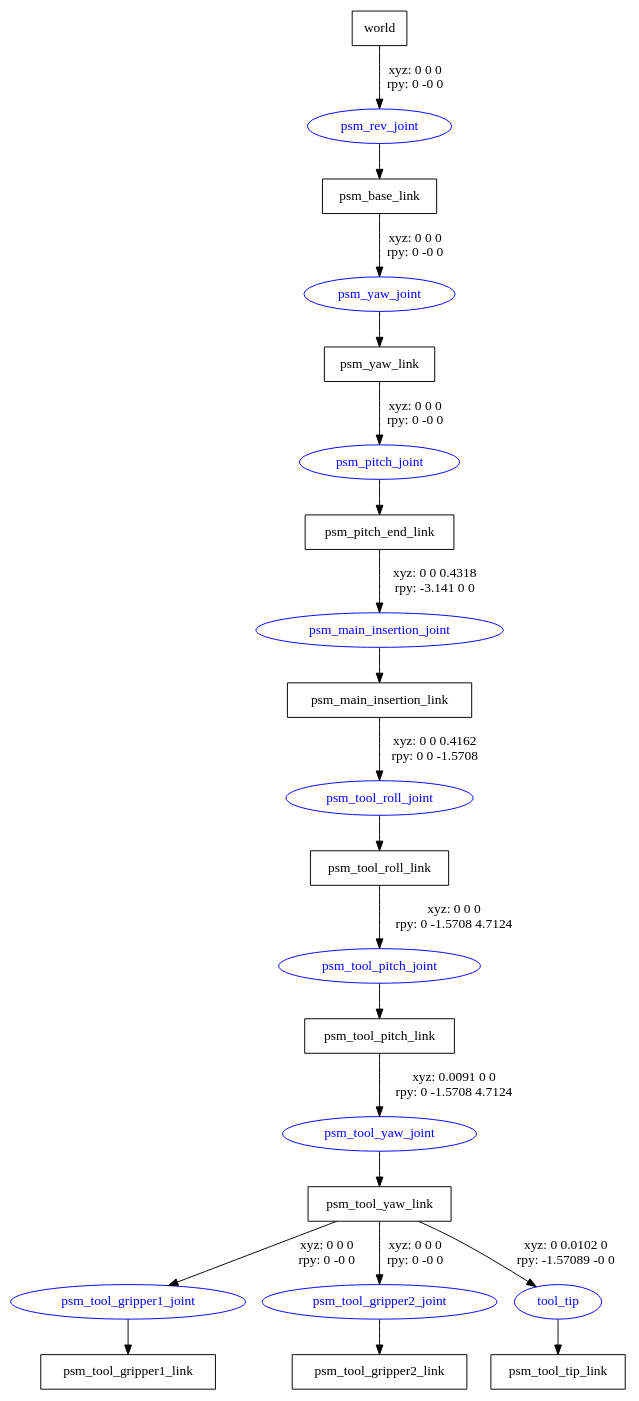
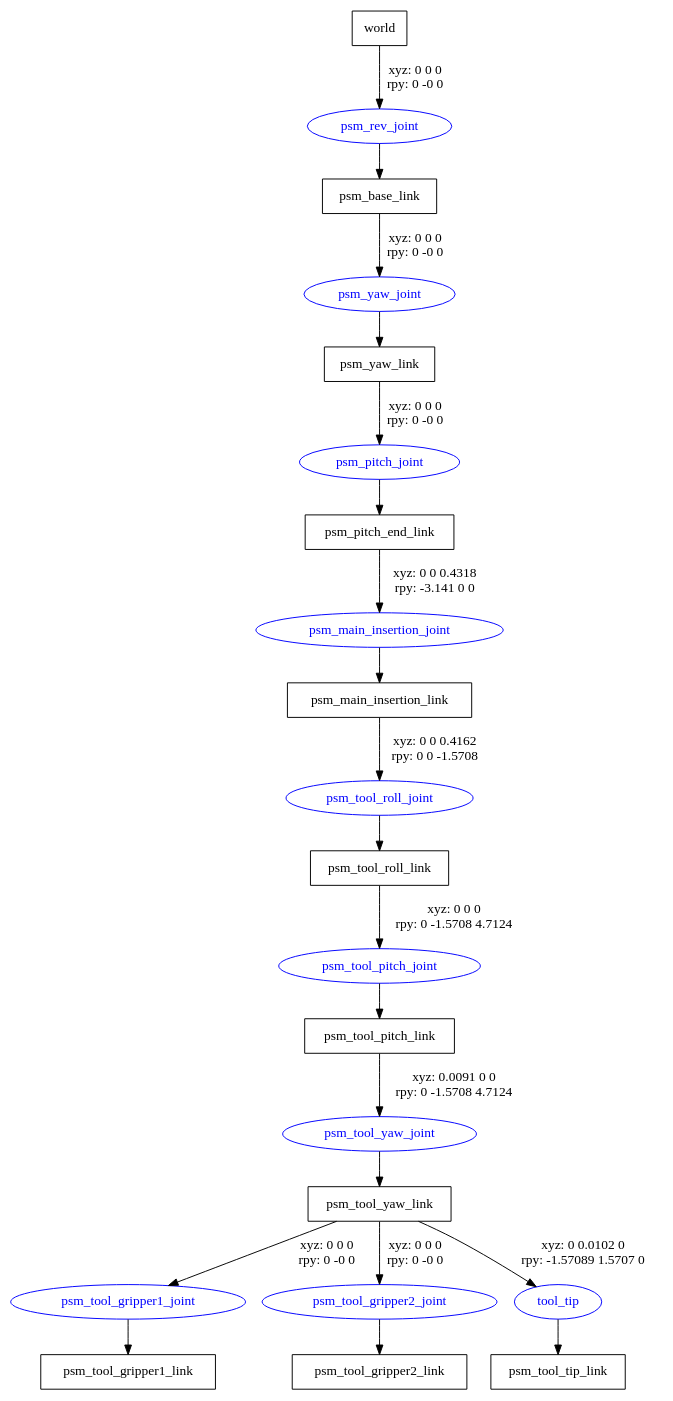
One commit to AleksAttanasio/dvrk_env changed the diagram in dvrk_description/psm/master.gv. Above: the diagram before and after it, drawn with Graphviz.

Commit message:
Working configuration v1.1

```diff
--- a/dvrk_description/psm/master.gv
+++ b/dvrk_description/psm/master.gv
@@ -1,35 +1,35 @@
 digraph G {
 node [shape=box];
 "world" [label="world"];
 "psm_base_link" [label="psm_base_link"];
 "psm_yaw_link" [label="psm_yaw_link"];
 "psm_pitch_end_link" [label="psm_pitch_end_link"];
 "psm_main_insertion_link" [label="psm_main_insertion_link"];
 "psm_tool_roll_link" [label="psm_tool_roll_link"];
 "psm_tool_pitch_link" [label="psm_tool_pitch_link"];
 "psm_tool_yaw_link" [label="psm_tool_yaw_link"];
 "psm_tool_gripper1_link" [label="psm_tool_gripper1_link"];
 "psm_tool_gripper2_link" [label="psm_tool_gripper2_link"];
 "psm_tool_tip_link" [label="psm_tool_tip_link"];
 node [shape=ellipse, color=blue, fontcolor=blue];
 "world" -> "psm_rev_joint" [label="xyz: 0 0 0 \nrpy: 0 -0 0"]
 "psm_rev_joint" -> "psm_base_link"
 "psm_base_link" -> "psm_yaw_joint" [label="xyz: 0 0 0 \nrpy: 0 -0 0"]
 "psm_yaw_joint" -> "psm_yaw_link"
 "psm_yaw_link" -> "psm_pitch_joint" [label="xyz: 0 0 0 \nrpy: 0 -0 0"]
 "psm_pitch_joint" -> "psm_pitch_end_link"
 "psm_pitch_end_link" -> "psm_main_insertion_joint" [label="xyz: 0 0 0.4318 \nrpy: -3.141 0 0"]
 "psm_main_insertion_joint" -> "psm_main_insertion_link"
 "psm_main_insertion_link" -> "psm_tool_roll_joint" [label="xyz: 0 0 0.4162 \nrpy: 0 0 -1.5708"]
 "psm_tool_roll_joint" -> "psm_tool_roll_link"
 "psm_tool_roll_link" -> "psm_tool_pitch_joint" [label="xyz: 0 0 0 \nrpy: 0 -1.5708 4.7124"]
 "psm_tool_pitch_joint" -> "psm_tool_pitch_link"
 "psm_tool_pitch_link" -> "psm_tool_yaw_joint" [label="xyz: 0.0091 0 0 \nrpy: 0 -1.5708 4.7124"]
 "psm_tool_yaw_joint" -> "psm_tool_yaw_link"
 "psm_tool_yaw_link" -> "psm_tool_gripper1_joint" [label="xyz: 0 0 0 \nrpy: 0 -0 0"]
 "psm_tool_gripper1_joint" -> "psm_tool_gripper1_link"
 "psm_tool_yaw_link" -> "psm_tool_gripper2_joint" [label="xyz: 0 0 0 \nrpy: 0 -0 0"]
 "psm_tool_gripper2_joint" -> "psm_tool_gripper2_link"
-"psm_tool_yaw_link" -> "tool_tip" [label="xyz: 0 0.0102 0 \nrpy: -1.57089 -0 0"]
+"psm_tool_yaw_link" -> "tool_tip" [label="xyz: 0 0.0102 0 \nrpy: -1.57089 1.5707 0"]
 "tool_tip" -> "psm_tool_tip_link"
 }
```
